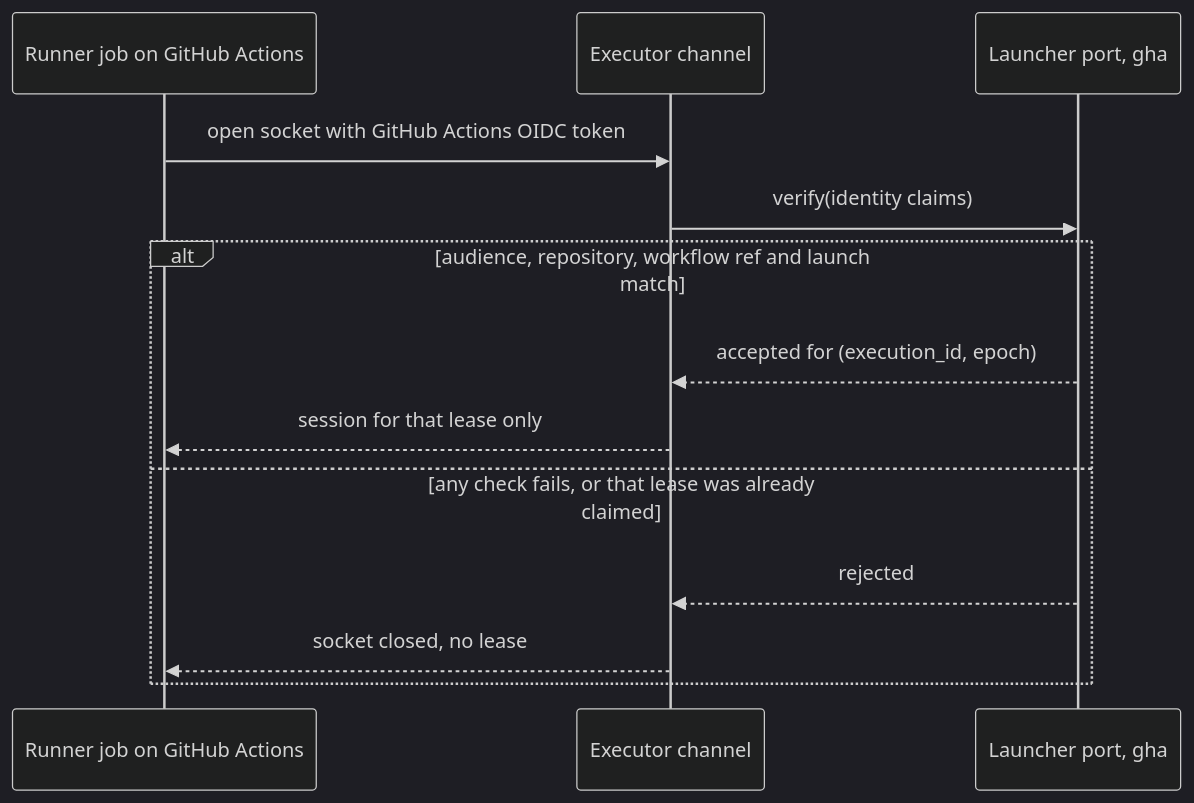
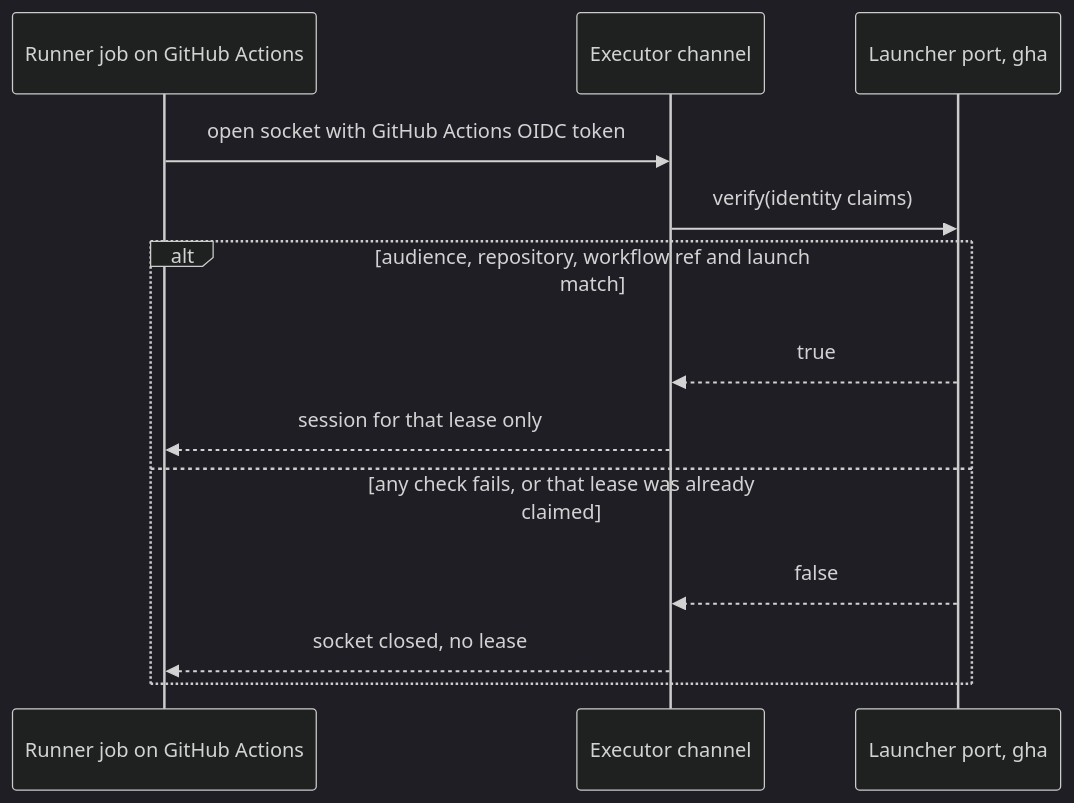
One commit to fractalboxdev/flare-dispatch changed the diagram in specs/executor-protocol.md. Above: the diagram before and after it, drawn with Mermaid (dark theme). The commit also changed other lines of this file and 2 other files, not shown here.

Commit message:
specs: the launcher port's verify answers true or false, and the moved-ID check reads merged rows

````diff
--- a/specs/executor-protocol.md
+++ b/specs/executor-protocol.md
@@ -24,16 +24,16 @@
 ```mermaid
 sequenceDiagram
   accTitle: Authentication of a socket from a GitHub Actions runner job
   participant J as Runner job on GitHub Actions
   participant CH as Executor channel
   participant LP as Launcher port, gha
   J->>CH: open socket with GitHub Actions OIDC token
   CH->>LP: verify(identity claims)
   alt audience, repository, workflow ref and launch match
-    LP-->>CH: accepted for (execution_id, epoch)
+    LP-->>CH: true
     CH-->>J: session for that lease only
   else any check fails, or that lease was already claimed
-    LP-->>CH: rejected
+    LP-->>CH: false
     CH-->>J: socket closed, no lease
   end
 ```
````
